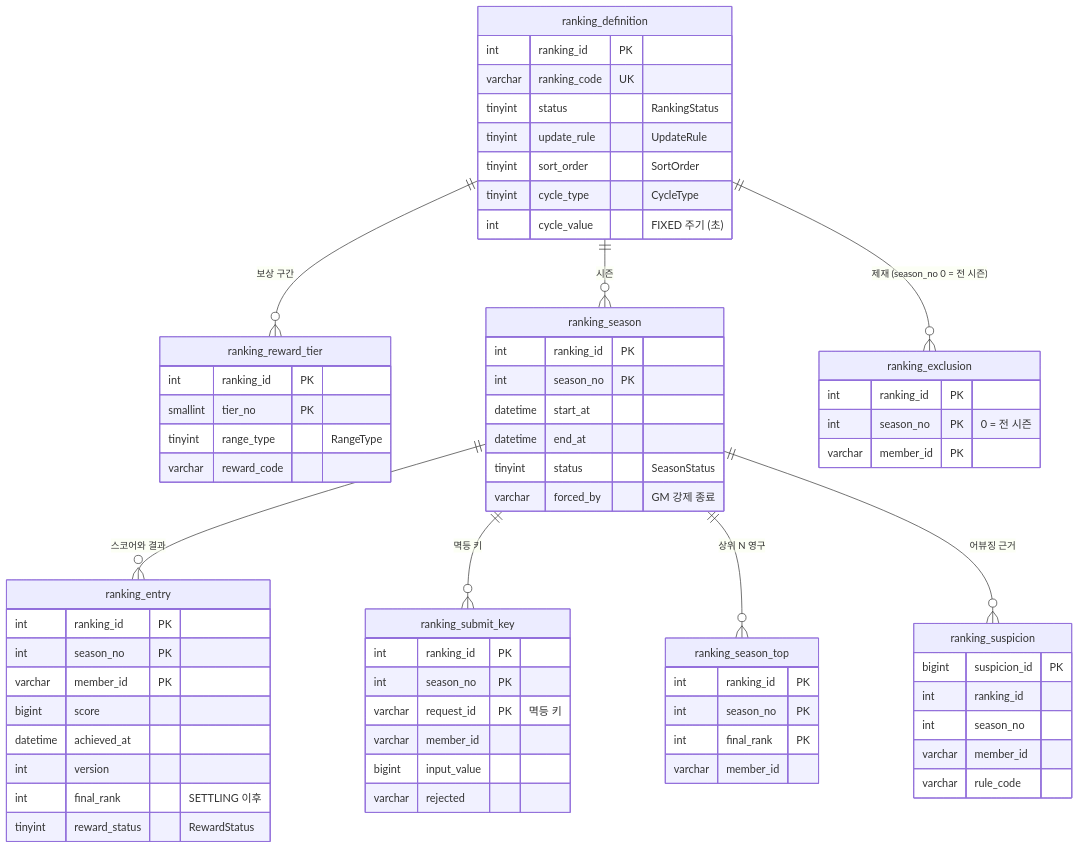
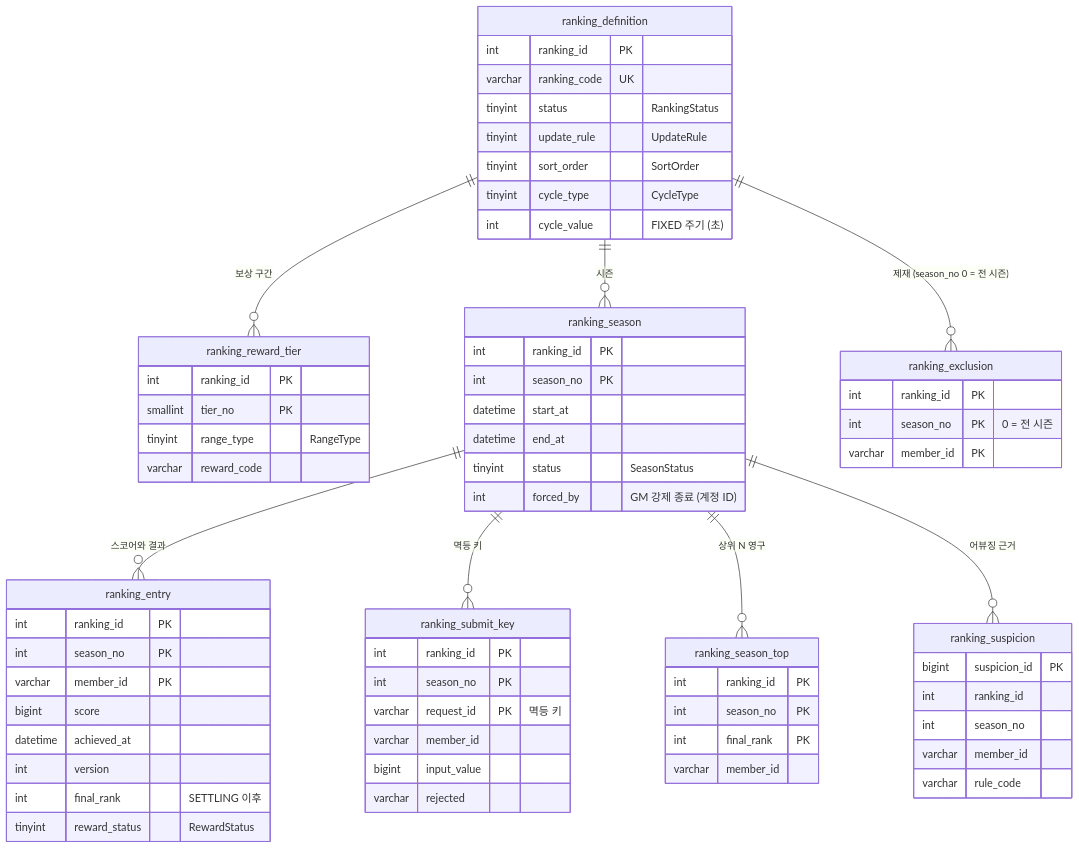
Before and after one commit to trisakion0500/podium-de: the first of 6 diagrams in docs/04_SCHEMA.md, drawn with Mermaid. The commit also changed 23 other files, not shown here.

````diff
--- a/docs/04_SCHEMA.md
+++ b/docs/04_SCHEMA.md
@@ -61,70 +61,70 @@
 ```mermaid
 erDiagram
     ranking_definition ||--o{ ranking_reward_tier : "보상 구간"
     ranking_definition ||--o{ ranking_season : "시즌"
     ranking_definition ||--o{ ranking_exclusion : "제재 (season_no 0 = 전 시즌)"
     ranking_season ||--o{ ranking_entry : "스코어와 결과"
     ranking_season ||--o{ ranking_submit_key : "멱등 키"
     ranking_season ||--o{ ranking_season_top : "상위 N 영구"
     ranking_season ||--o{ ranking_suspicion : "어뷰징 근거"
 
     ranking_definition {
         int ranking_id PK
         varchar ranking_code UK
         tinyint status "RankingStatus"
         tinyint update_rule "UpdateRule"
         tinyint sort_order "SortOrder"
         tinyint cycle_type "CycleType"
         int cycle_value "FIXED 주기 (초)"
     }
     ranking_reward_tier {
         int ranking_id PK
         smallint tier_no PK
         tinyint range_type "RangeType"
         varchar reward_code
     }
     ranking_season {
         int ranking_id PK
         int season_no PK
         datetime start_at
         datetime end_at
         tinyint status "SeasonStatus"
-        varchar forced_by "GM 강제 종료"
+        int forced_by "GM 강제 종료 (계정 ID)"
     }
     ranking_entry {
         int ranking_id PK
         int season_no PK
         varchar member_id PK
         bigint score
         datetime achieved_at
         int version
         int final_rank "SETTLING 이후"
         tinyint reward_status "RewardStatus"
     }
     ranking_submit_key {
         int ranking_id PK
         int season_no PK
         varchar request_id PK "멱등 키"
         varchar member_id
         bigint input_value
         varchar rejected
     }
     ranking_season_top {
         int ranking_id PK
         int season_no PK
         int final_rank PK
         varchar member_id
     }
     ranking_exclusion {
         int ranking_id PK
         int season_no PK "0 = 전 시즌"
         varchar member_id PK
     }
     ranking_suspicion {
         bigint suspicion_id PK
         int ranking_id
         int season_no
         varchar member_id
         varchar rule_code
     }
 ```
````
